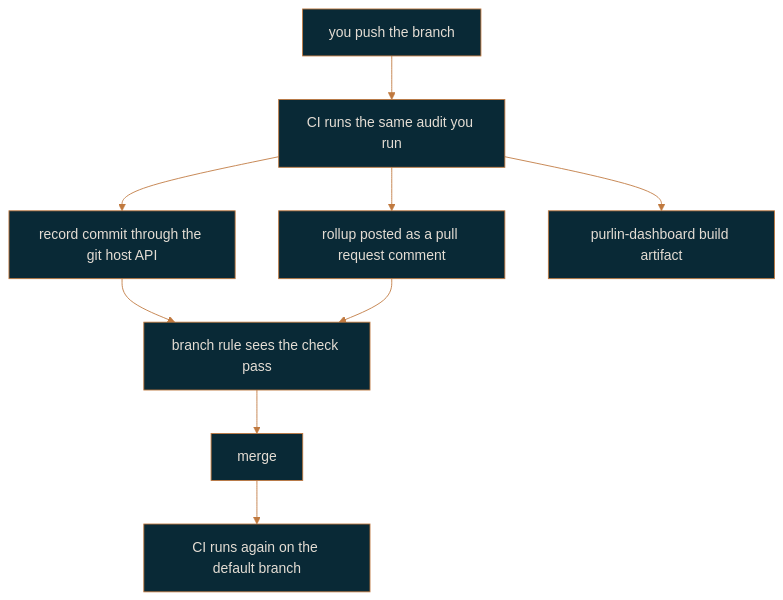
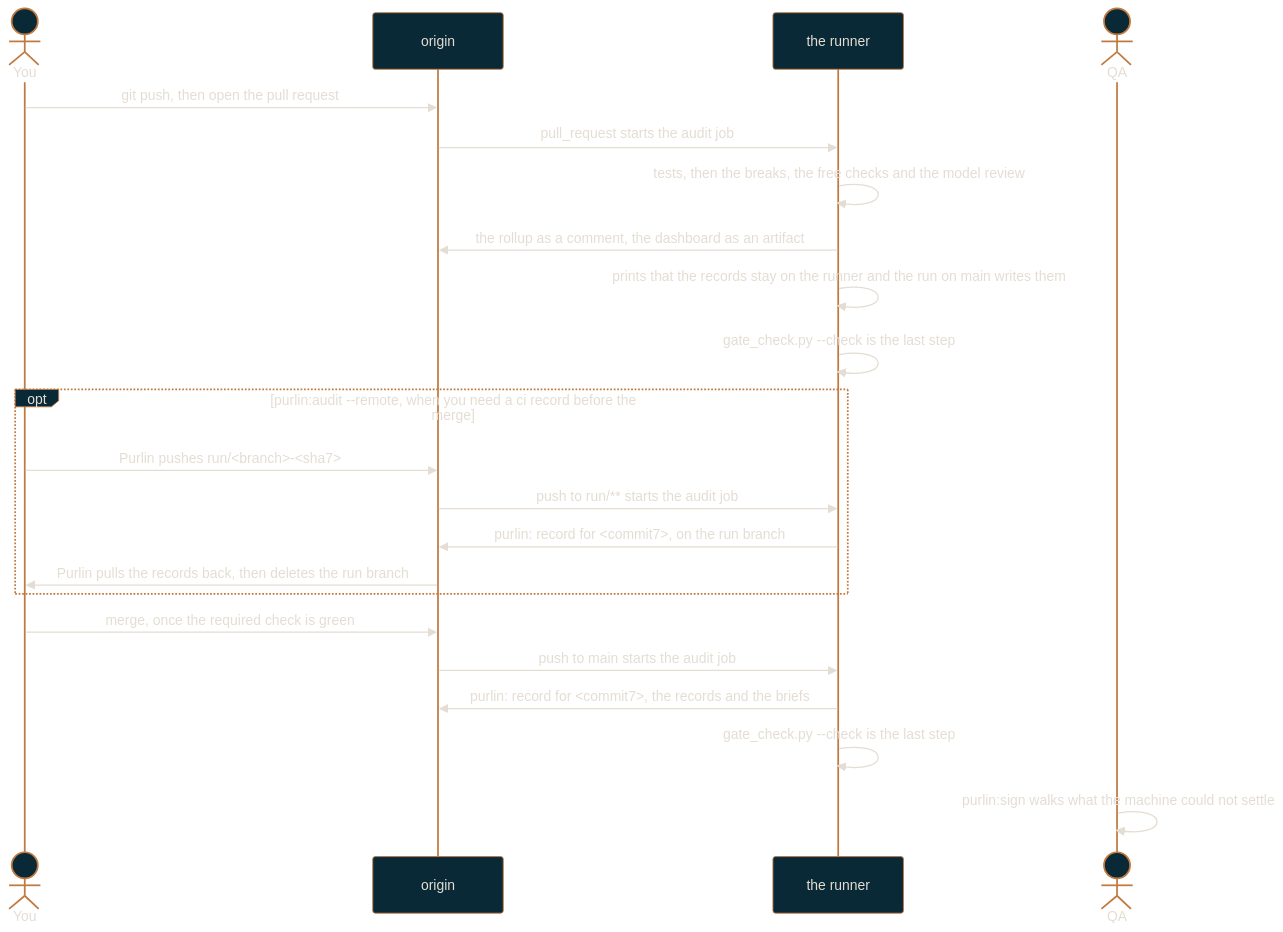
The diagram in docs/team-workflow.md (rlabarca/purlin), drawn with Mermaid before and after one commit. The commit also changed other lines of this file and 2 other files, not shown here.

First line of the commit message:
docs: each gate's workflow, drawn and checked against the code

````diff
--- a/docs/team-workflow.md
+++ b/docs/team-workflow.md
@@ -34,12 +37,25 @@
 ```mermaid
 %%{init: {"theme": "base", "themeVariables": {"background": "#0C3444", "primaryColor": "#092936", "primaryTextColor": "#E4DDD4", "primaryBorderColor": "#C0793F", "lineColor": "#C0793F", "secondaryColor": "#0C3444", "tertiaryColor": "#092936", "fontFamily": "Arial", "textColor": "#E4DDD4"}}}%%
-flowchart TD
-    A[you push the branch] --> B[CI runs the same audit you run]
-    B --> C[record commit through the git host API]
-    B --> D[rollup posted as a pull request comment]
-    B --> E[purlin-dashboard build artifact]
-    C --> F[branch rule sees the check pass]
-    D --> F
-    F --> G[merge]
-    G --> H[CI runs again on the default branch]
+sequenceDiagram
+    actor You
+    participant Origin as origin
+    participant CI as the runner
+    actor QA
+    You->>Origin: git push, then open the pull request
+    Origin->>CI: pull_request starts the audit job
+    CI->>CI: tests, then the breaks, the free checks and the model review
+    CI->>Origin: the rollup as a comment, the dashboard as an artifact
+    CI->>CI: prints that the records stay on the runner and the run on main writes them
+    CI->>CI: gate_check.py --check is the last step
+    opt purlin:audit --remote, when you need a ci record before the merge
+        You->>Origin: Purlin pushes run/<branch>-<sha7>
+        Origin->>CI: push to run/** starts the audit job
+        CI->>Origin: purlin: record for <commit7>, on the run branch
+        Origin->>You: Purlin pulls the records back, then deletes the run branch
+    end
+    You->>Origin: merge, once the required check is green
+    Origin->>CI: push to main starts the audit job
+    CI->>Origin: purlin: record for <commit7>, the records and the briefs
+    CI->>CI: gate_check.py --check is the last step
+    QA->>QA: purlin:sign walks what the machine could not settle
 ```
````
